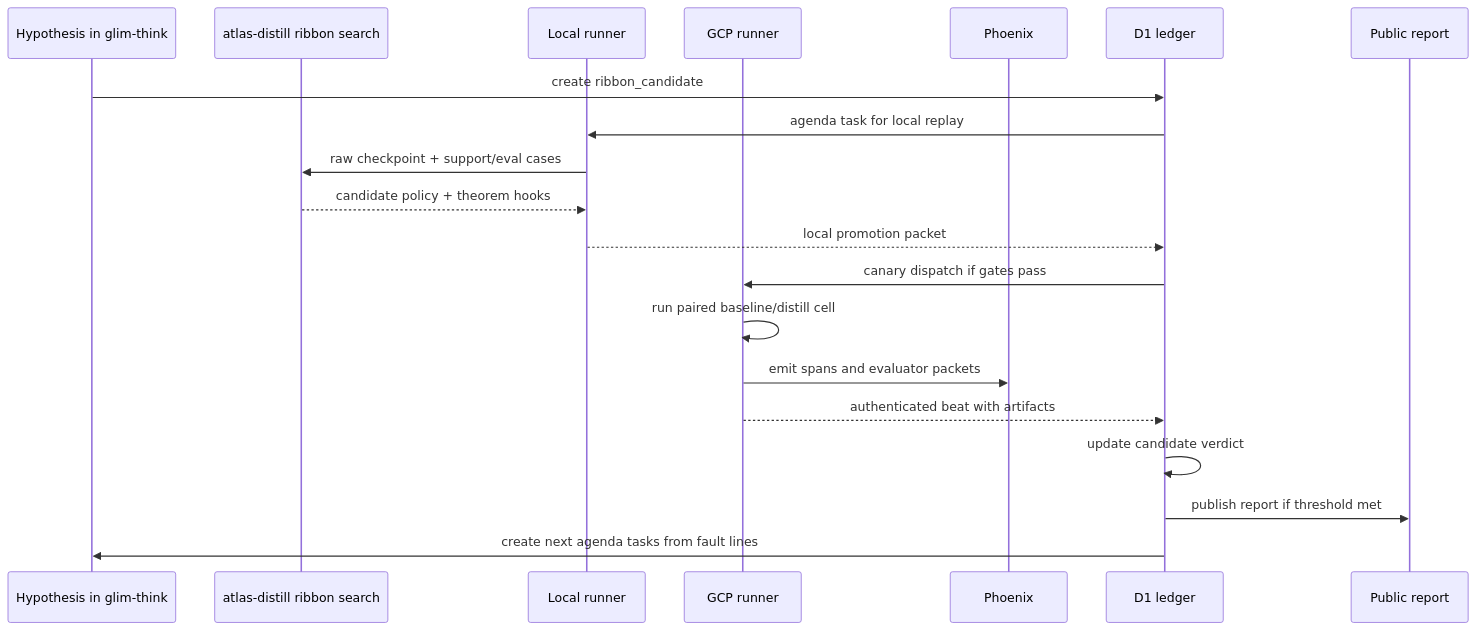
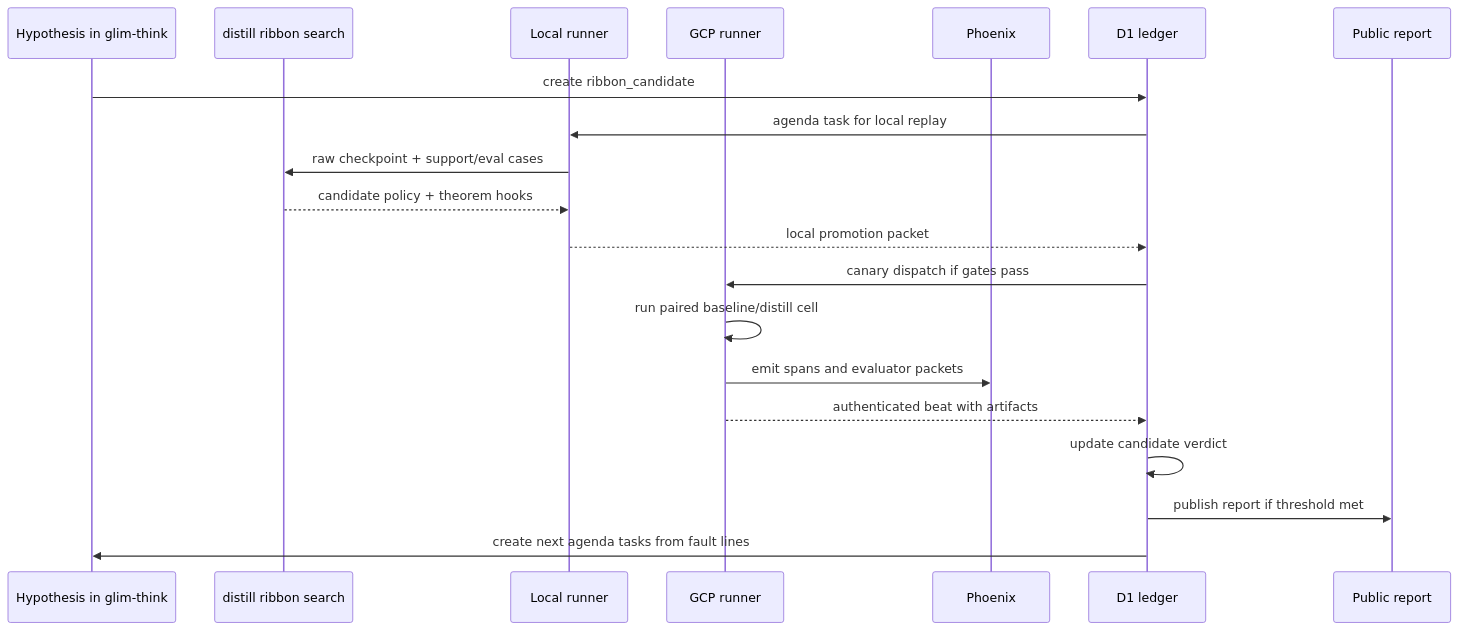
Before and after one commit to alexwelcing/lupine-rhizo: the second of 2 diagrams in docs/mlip-distill-gcp-evolution-architecture.md, drawn with Mermaid. The commit also changed other lines of this file and 832 other files, not shown here.

````diff
--- a/docs/mlip-distill-gcp-evolution-architecture.md
+++ b/docs/mlip-distill-gcp-evolution-architecture.md
@@ -232,23 +232,23 @@
 ```mermaid
 sequenceDiagram
   participant H as Hypothesis in glim-think
-  participant R as atlas-distill ribbon search
+  participant R as distill ribbon search
   participant L as Local runner
   participant G as GCP runner
   participant P as Phoenix
   participant D as D1 ledger
   participant S as Public report
 
   H->>D: create ribbon_candidate
   D->>L: agenda task for local replay
   L->>R: raw checkpoint + support/eval cases
   R-->>L: candidate policy + theorem hooks
   L-->>D: local promotion packet
   D->>G: canary dispatch if gates pass
   G->>G: run paired baseline/distill cell
   G->>P: emit spans and evaluator packets
   G-->>D: authenticated beat with artifacts
   D->>D: update candidate verdict
   D->>S: publish report if threshold met
   D->>H: create next agenda tasks from fault lines
 ```
````
